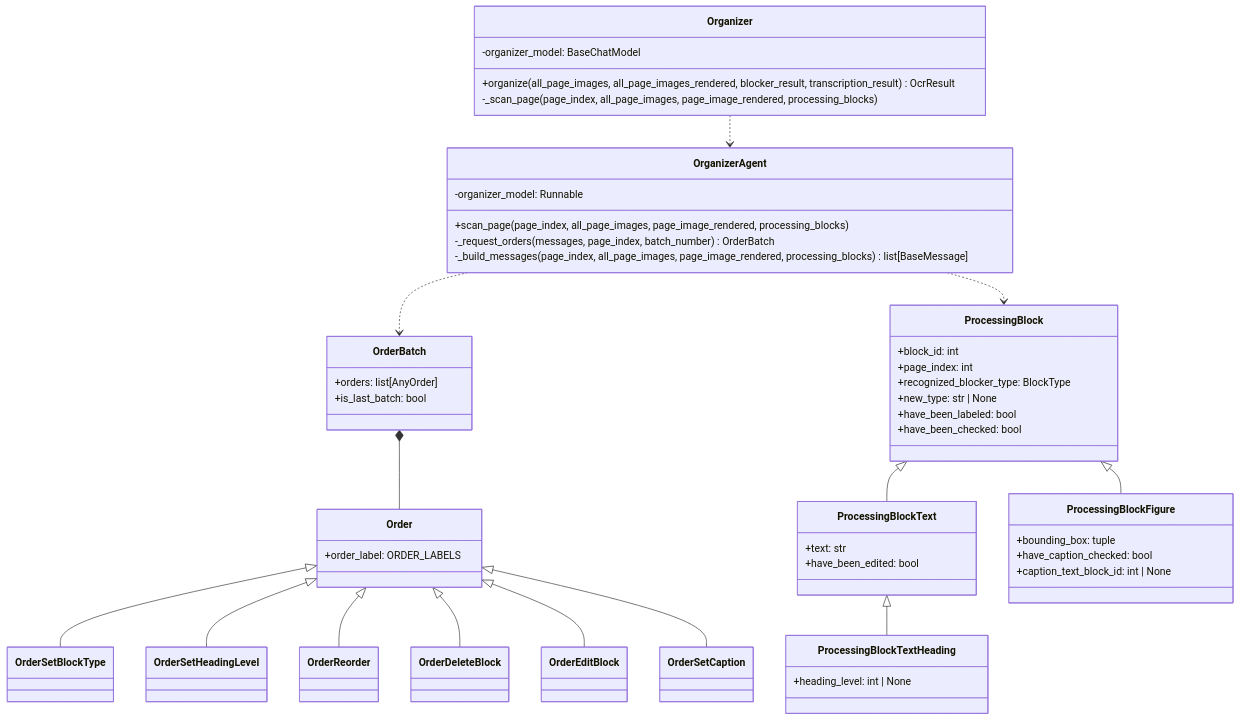
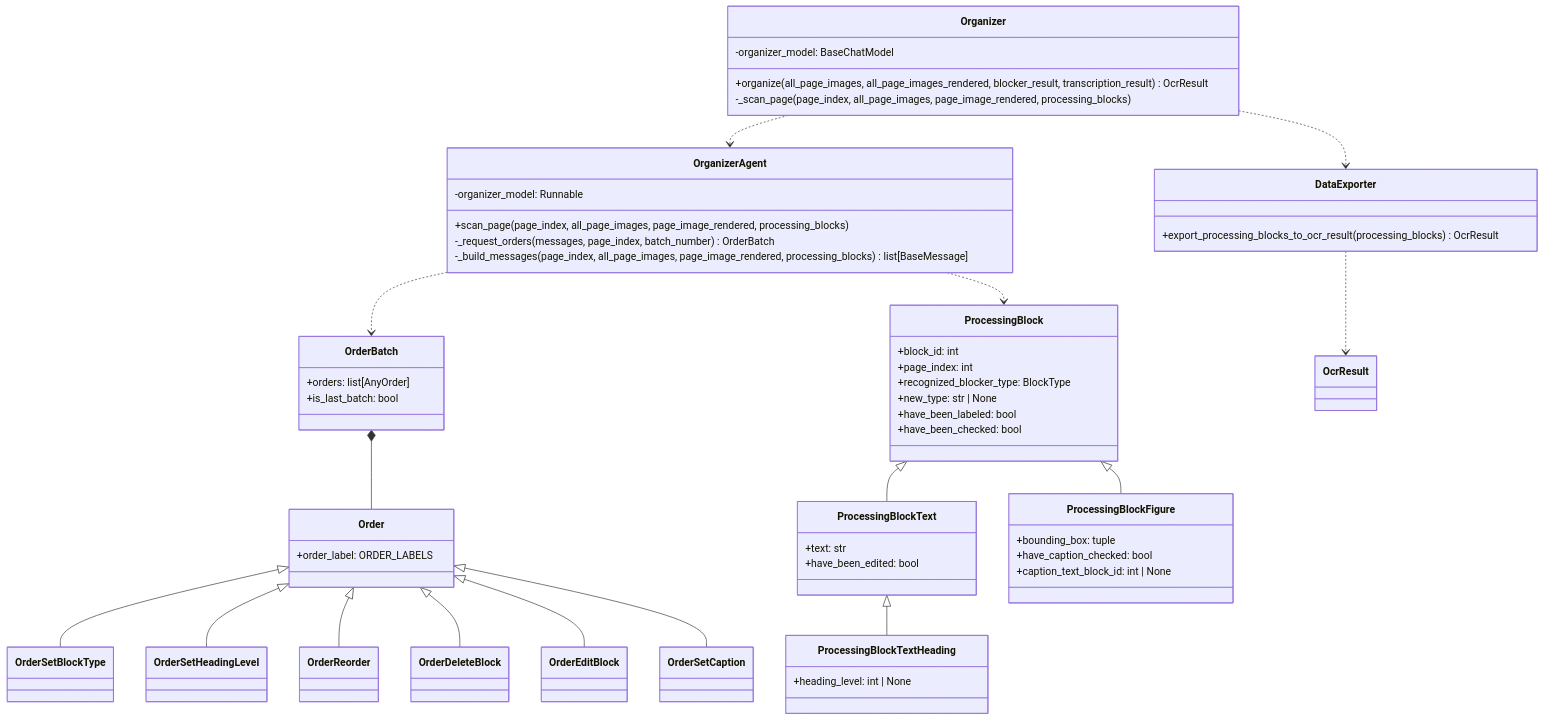
One commit to konbraphat51/SuperSuat changed the first of 2 diagrams in Uploader/OcrModule/Blocked/Docs/StructureOrganizer.ja.md. Above: the diagram before and after it, drawn with Mermaid. The commit also changed other lines of this file and 1 other file, not shown here.

Commit message:
docs: document the export stage

````diff
--- a/Uploader/OcrModule/Blocked/Docs/StructureOrganizer.ja.md
+++ b/Uploader/OcrModule/Blocked/Docs/StructureOrganizer.ja.md
@@ -12,54 +12,59 @@
 ```mermaid
 classDiagram
     class Organizer {
         -organizer_model: BaseChatModel
         +organize(all_page_images, all_page_images_rendered, blocker_result, transcription_result) OcrResult
         -_scan_page(page_index, all_page_images, page_image_rendered, processing_blocks)
     }
     class OrganizerAgent {
         -organizer_model: Runnable
         +scan_page(page_index, all_page_images, page_image_rendered, processing_blocks)
         -_request_orders(messages, page_index, batch_number) OrderBatch
         -_build_messages(page_index, all_page_images, page_image_rendered, processing_blocks) list[BaseMessage]
     }
     class OrderBatch {
         +orders: list[AnyOrder]
         +is_last_batch: bool
     }
     class Order {
         +order_label: ORDER_LABELS
     }
     class ProcessingBlock {
         +block_id: int
         +page_index: int
         +recognized_blocker_type: BlockType
         +new_type: str | None
         +have_been_labeled: bool
         +have_been_checked: bool
     }
     class ProcessingBlockText {
         +text: str
         +have_been_edited: bool
     }
     class ProcessingBlockTextHeading {
         +heading_level: int | None
     }
     class ProcessingBlockFigure {
         +bounding_box: tuple
         +have_caption_checked: bool
         +caption_text_block_id: int | None
     }
+    class DataExporter {
+        +export_processing_blocks_to_ocr_result(processing_blocks) OcrResult
+    }
     Organizer ..> OrganizerAgent
+    Organizer ..> DataExporter
+    DataExporter ..> OcrResult
     OrganizerAgent ..> OrderBatch
     OrderBatch *-- Order
     Order <|-- OrderSetBlockType
     Order <|-- OrderSetHeadingLevel
     Order <|-- OrderReorder
     Order <|-- OrderDeleteBlock
     Order <|-- OrderEditBlock
     Order <|-- OrderSetCaption
     ProcessingBlock <|-- ProcessingBlockText
     ProcessingBlock <|-- ProcessingBlockFigure
     ProcessingBlockText <|-- ProcessingBlockTextHeading
     OrganizerAgent ..> ProcessingBlock
 ```
````
